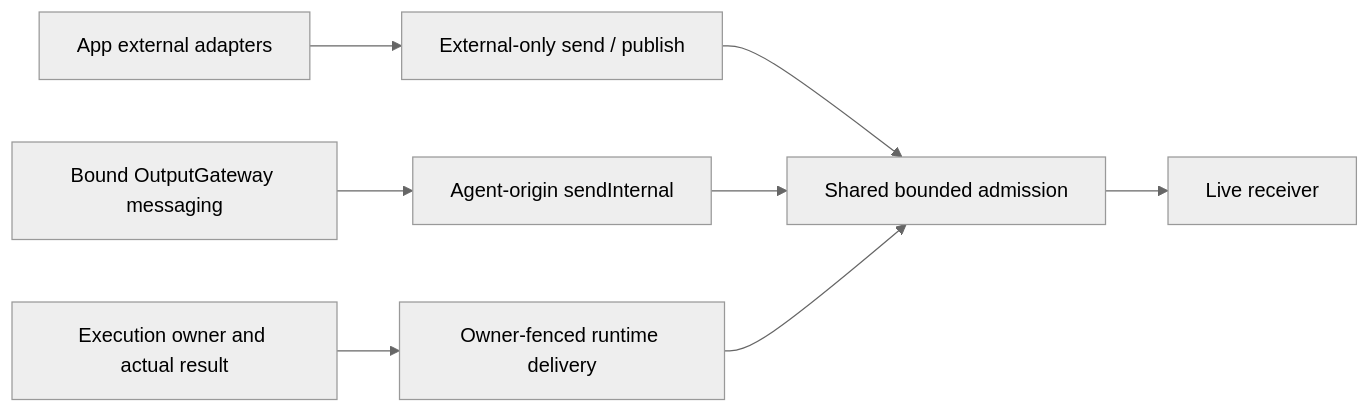
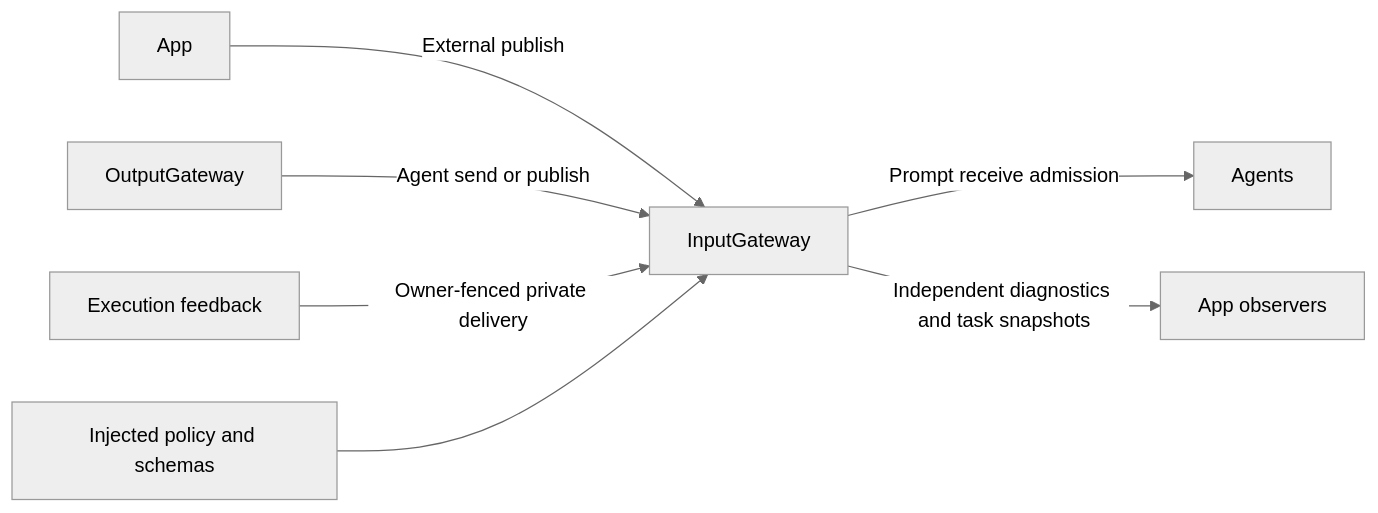
The diagram in MobileHarness/Gateway/Input/README.md (devilyouwei/MobileHarness), drawn with Mermaid (neutral theme) before and after one commit. The commit also changed other lines of this file and 116 other files, not shown here.

````diff
--- a/MobileHarness/Gateway/Input/README.md
+++ b/MobileHarness/Gateway/Input/README.md
@@ -37,10 +15,9 @@
 ```mermaid
 flowchart LR
-    External[App external adapters] --> Public[External-only send / publish]
-    Agent[Bound OutputGateway messaging] --> Internal[Agent-origin sendInternal]
-    Runtime[Execution owner and actual result] --> Feedback[Owner-fenced runtime delivery]
-    Public --> Admit[Shared bounded admission]
-    Internal --> Admit
-    Feedback --> Admit
-    Admit --> Receiver[Live receiver]
+ App -->|External publish| Input[InputGateway]
+ Output[OutputGateway] -->|Agent send or publish| Input
+ Runtime[Execution feedback] -->|Owner-fenced private delivery| Input
+ Policy[Injected policy and schemas] --> Input
+ Input -->|Prompt receive admission| Agents
+ Input -->|Independent diagnostics and task snapshots| Observer[App observers]
 ```
````
